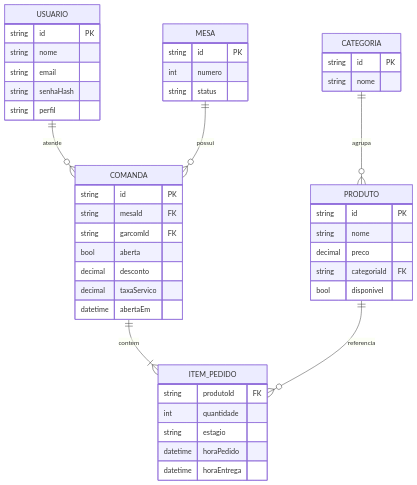
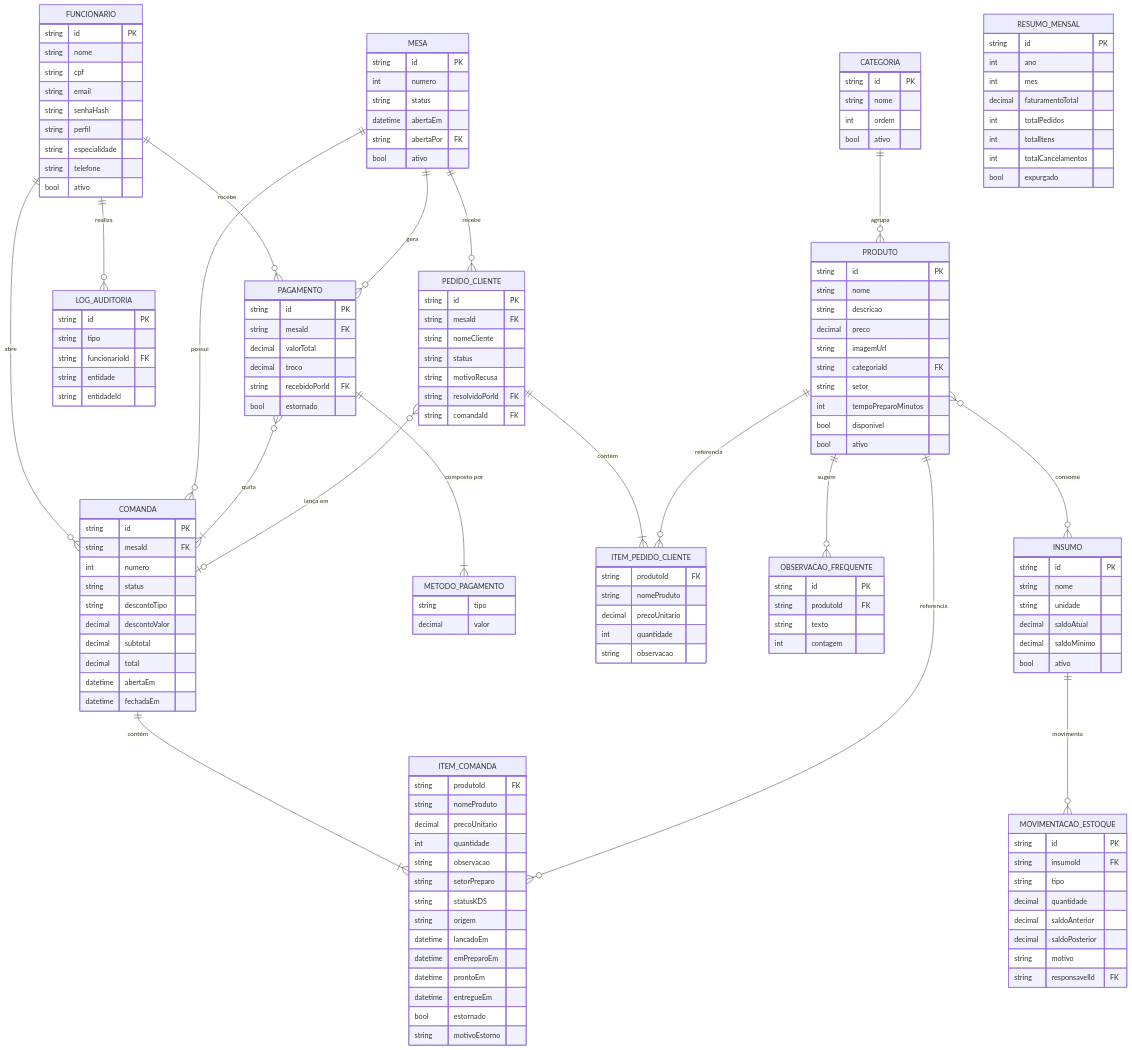
The fifth of 11 diagrams in README.md (ProntaComanda/ProntaComanda-docs), drawn with Mermaid before and after one commit. The commit also changed other lines of this file, not shown here.

````diff
--- a/README.md
+++ b/README.md
@@ -436,48 +895,155 @@
 ```mermaid
 erDiagram
-    USUARIO ||--o{ COMANDA : atende
-    MESA ||--o{ COMANDA : possui
-    CATEGORIA ||--o{ PRODUTO : agrupa
-    COMANDA ||--|{ ITEM_PEDIDO : contem
-    PRODUTO ||--o{ ITEM_PEDIDO : referencia
+    FUNCIONARIO ||--o{ COMANDA : "abre"
+    FUNCIONARIO ||--o{ PAGAMENTO : "recebe"
+    FUNCIONARIO ||--o{ LOG_AUDITORIA : "realiza"
+    MESA ||--o{ COMANDA : "possui"
+    MESA ||--o{ PAGAMENTO : "gera"
+    MESA ||--o{ PEDIDO_CLIENTE : "recebe"
+    CATEGORIA ||--o{ PRODUTO : "agrupa"
+    COMANDA ||--|{ ITEM_COMANDA : "contém"
+    PRODUTO ||--o{ ITEM_COMANDA : "referencia"
+    PAGAMENTO }o--|{ COMANDA : "quita"
+    PAGAMENTO ||--|{ METODO_PAGAMENTO : "composto por"
+    PEDIDO_CLIENTE ||--|{ ITEM_PEDIDO_CLIENTE : "contém"
+    PRODUTO ||--o{ ITEM_PEDIDO_CLIENTE : "referencia"
+    PEDIDO_CLIENTE }o--o| COMANDA : "lança em"
+    PRODUTO ||--o{ OBSERVACAO_FREQUENTE : "sugere"
+    PRODUTO }o--o{ INSUMO : "consome"
+    INSUMO ||--o{ MOVIMENTACAO_ESTOQUE : "movimenta"
 
-    USUARIO {
+    FUNCIONARIO {
         string id PK
         string nome
+        string cpf
         string email
         string senhaHash
         string perfil
+        string especialidade
+        string telefone
+        bool ativo
     }
     MESA {
         string id PK
         int numero
         string status
+        datetime abertaEm
+        string abertaPor FK
+        bool ativo
     }
     CATEGORIA {
         string id PK
         string nome
+        int ordem
+        bool ativo
     }
     PRODUTO {
         string id PK
         string nome
+        string descricao
         decimal preco
+        string imagemUrl
         string categoriaId FK
+        string setor
+        int tempoPreparoMinutos
         bool disponivel
+        bool ativo
+    }
+    OBSERVACAO_FREQUENTE {
+        string id PK
+        string produtoId FK
+        string texto
+        int contagem
+    }
+    INSUMO {
+        string id PK
+        string nome
+        string unidade
+        decimal saldoAtual
+        decimal saldoMinimo
+        bool ativo
+    }
+    MOVIMENTACAO_ESTOQUE {
+        string id PK
+        string insumoId FK
+        string tipo
+        decimal quantidade
+        decimal saldoAnterior
+        decimal saldoPosterior
+        string motivo
+        string responsavelId FK
     }
     COMANDA {
         string id PK
         string mesaId FK
-        string garcomId FK
-        bool aberta
-        decimal desconto
-        decimal taxaServico
+        int numero
+        string status
+        string descontoTipo
+        decimal descontoValor
+        decimal subtotal
+        decimal total
         datetime abertaEm
+        datetime fechadaEm
     }
-    ITEM_PEDIDO {
+    ITEM_COMANDA {
         string produtoId FK
+        string nomeProduto
+        decimal precoUnitario
         int quantidade
-        string estagio
-        datetime horaPedido
-        datetime horaEntrega
+        string observacao
+        string setorPreparo
+        string statusKDS
+        string origem
+        datetime lancadoEm
+        datetime emPreparoEm
+        datetime prontoEm
+        datetime entregueEm
+        bool estornado
+        string motivoEstorno
+    }
+    PAGAMENTO {
+        string id PK
+        string mesaId FK
+        decimal valorTotal
+        decimal troco
+        string recebidoPorId FK
+        bool estornado
+    }
+    METODO_PAGAMENTO {
+        string tipo
+        decimal valor
+    }
+    PEDIDO_CLIENTE {
+        string id PK
+        string mesaId FK
+        string nomeCliente
+        string status
+        string motivoRecusa
+        string resolvidoPorId FK
+        string comandaId FK
+    }
+    ITEM_PEDIDO_CLIENTE {
+        string produtoId FK
+        string nomeProduto
+        decimal precoUnitario
+        int quantidade
+        string observacao
+    }
+    LOG_AUDITORIA {
+        string id PK
+        string tipo
+        string funcionarioId FK
+        string entidade
+        string entidadeId
+    }
+    RESUMO_MENSAL {
+        string id PK
+        int ano
+        int mes
+        decimal faturamentoTotal
+        int totalPedidos
+        int totalItens
+        int totalCancelamentos
+        bool expurgado
     }
 ```
````
